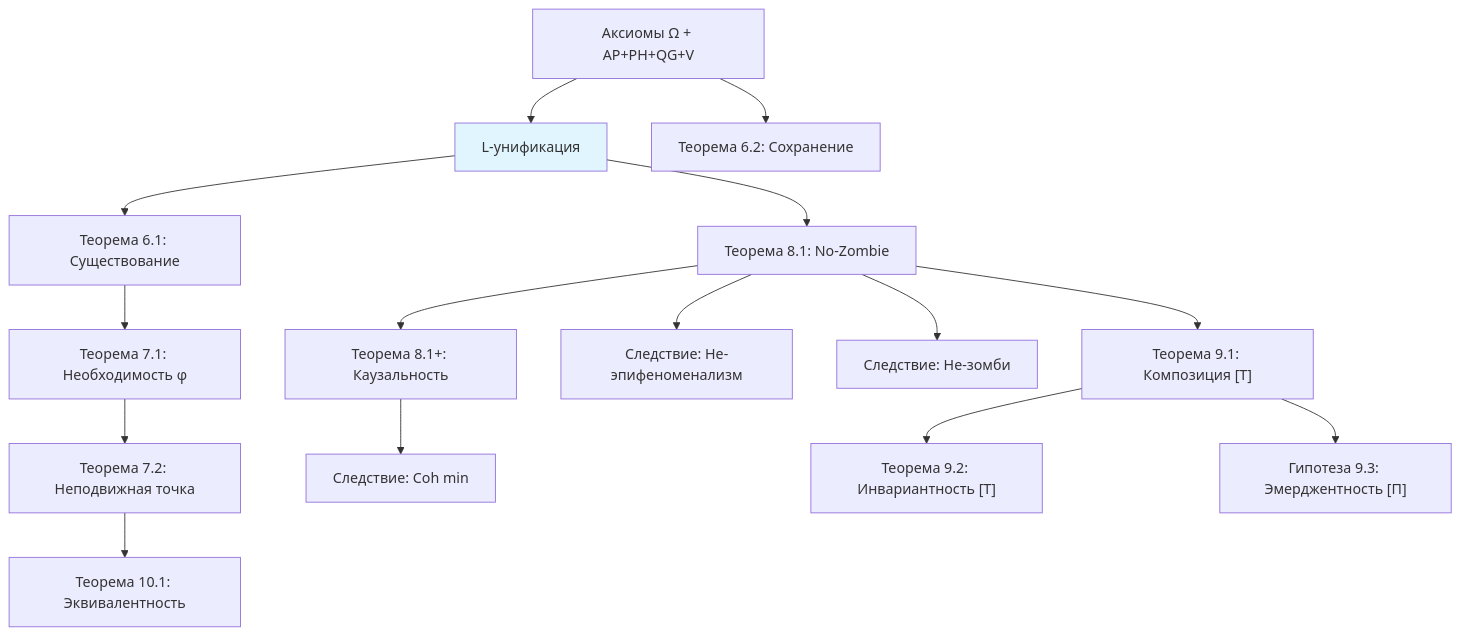
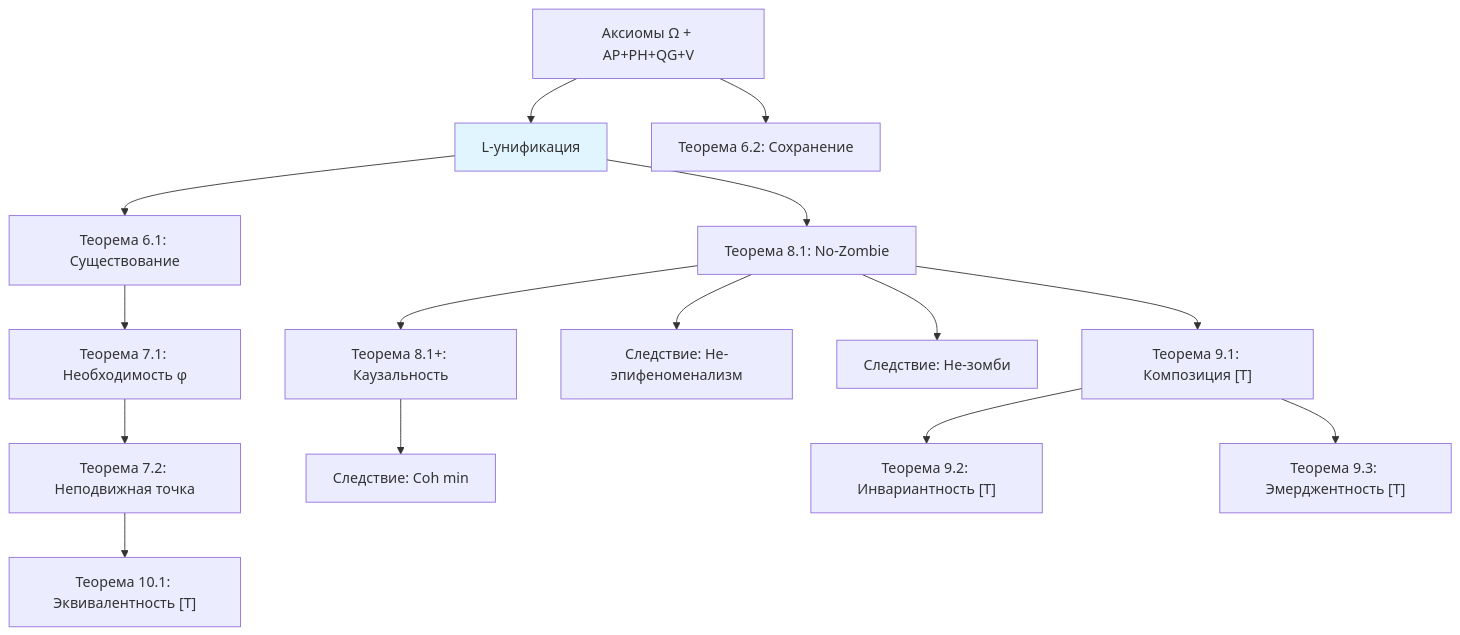
Before and after one commit to uhm-theory/holon: the diagram in website/docs/applied/coherence-cybernetics/theorems.md, drawn with Mermaid. The commit also changed other lines of this file and 44 other files, not shown here.

````diff
--- a/website/docs/applied/coherence-cybernetics/theorems.md
+++ b/website/docs/applied/coherence-cybernetics/theorems.md
@@ -401,19 +447,19 @@
 ```mermaid
 graph TD
     A["Аксиомы Ω + AP+PH+QG+V"] --> LU["L-унификация"]
     LU --> T61["Теорема 6.1: Существование"]
     A --> T62["Теорема 6.2: Сохранение"]
     T61 --> T71["Теорема 7.1: Необходимость φ"]
     T71 --> T72["Теорема 7.2: Неподвижная точка"]
     LU --> T81["Теорема 8.1: No-Zombie"]
     T81 --> T81P["Теорема 8.1+: Каузальность"]
     T81 --> C811["Следствие: Не-эпифеноменализм"]
     T81 --> C812["Следствие: Не-зомби"]
     T81P --> C813["Следствие: Coh min"]
     T81 --> T91["Теорема 9.1: Композиция [Т]"]
     T91 --> T92["Теорема 9.2: Инвариантность [Т]"]
-    T91 --> T93["Гипотеза 9.3: Эмерджентность [П]"]
-    T72 --> T101["Теорема 10.1: Эквивалентность"]
+    T91 --> T93["Теорема 9.3: Эмерджентность [Т]"]
+    T72 --> T101["Теорема 10.1: Эквивалентность [Т]"]
 
     style LU fill:#e1f5fe
 ```
````
